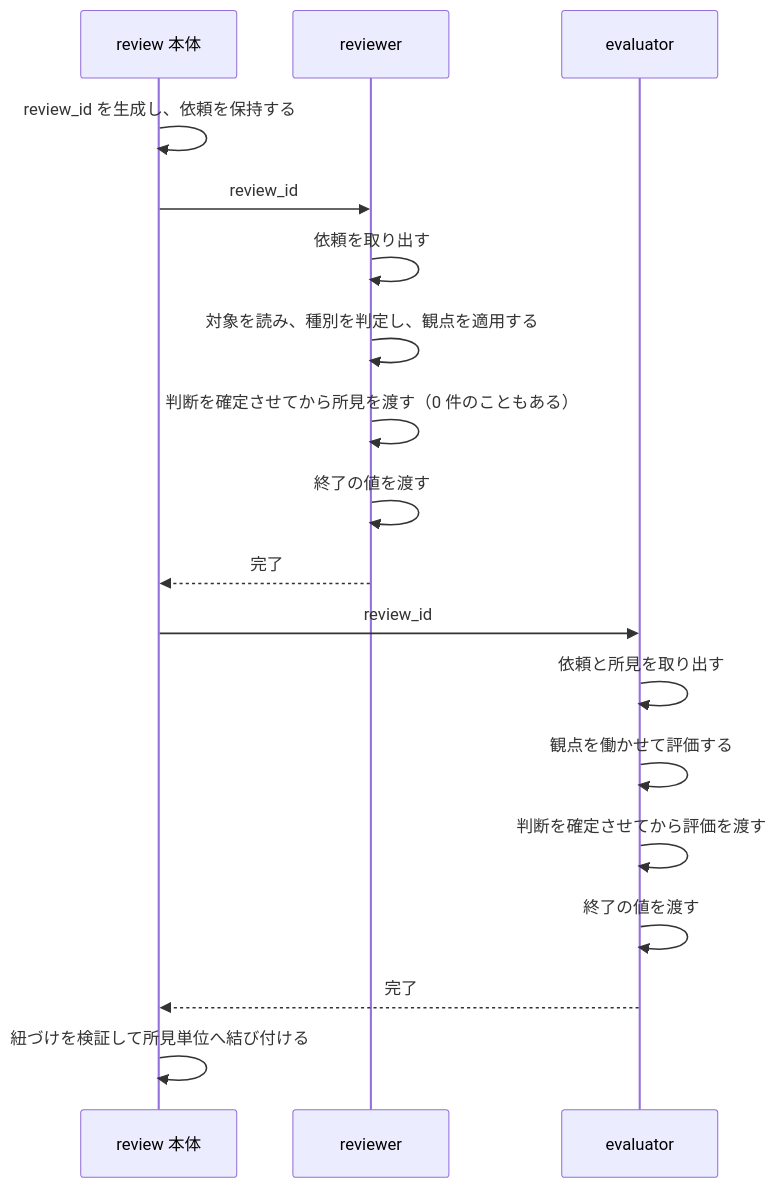
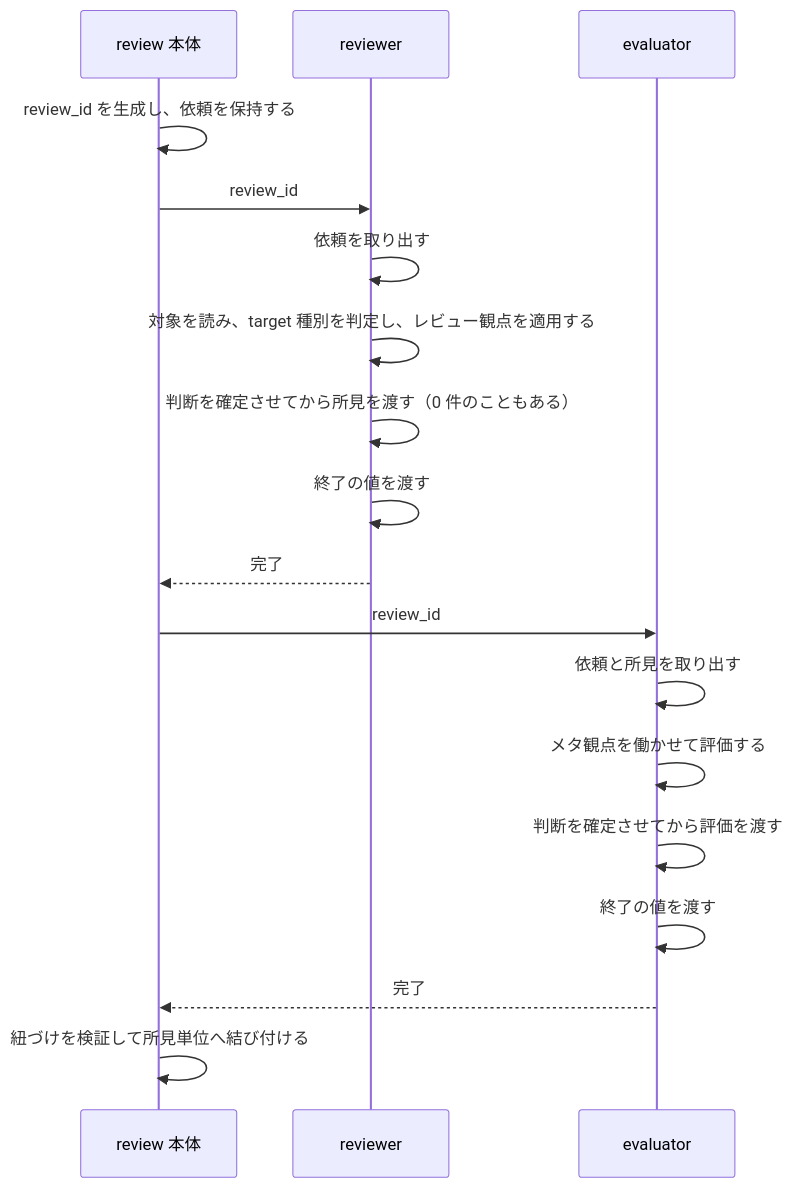
One commit to BlueEventHorizon/bw-cc-plugins changed the first of 2 diagrams in docs/specs/reviewer/design/DES-084_reviewer_design.md. Above: the diagram before and after it, drawn with Mermaid. The commit also changed other lines of this file and 3 other files, not shown here.

````diff
--- a/docs/specs/reviewer/design/DES-084_reviewer_design.md
+++ b/docs/specs/reviewer/design/DES-084_reviewer_design.md
@@ -28,21 +28,21 @@
 ```mermaid
 sequenceDiagram
     participant Body as review 本体
     participant R as reviewer
     participant E as evaluator
 
     Body->>Body: review_id を生成し、依頼を保持する
     Body->>R: review_id
     R->>R: 依頼を取り出す
-    R->>R: 対象を読み、種別を判定し、観点を適用する
+    R->>R: 対象を読み、target 種別を判定し、レビュー観点を適用する
     R->>R: 判断を確定させてから所見を渡す（0 件のこともある）
     R->>R: 終了の値を渡す
     R-->>Body: 完了
     Body->>E: review_id
     E->>E: 依頼と所見を取り出す
-    E->>E: 観点を働かせて評価する
+    E->>E: メタ観点を働かせて評価する
     E->>E: 判断を確定させてから評価を渡す
     E->>E: 終了の値を渡す
     E-->>Body: 完了
     Body->>Body: 紐づけを検証して所見単位へ結び付ける
 ```
````
